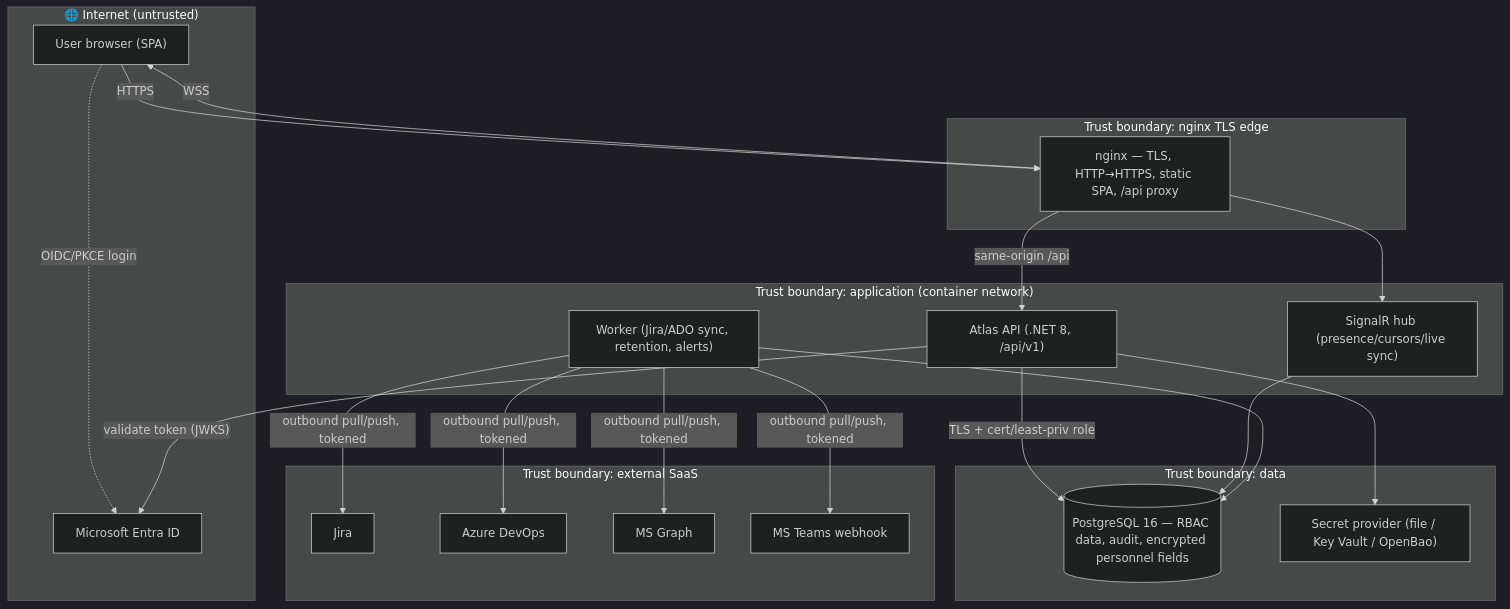
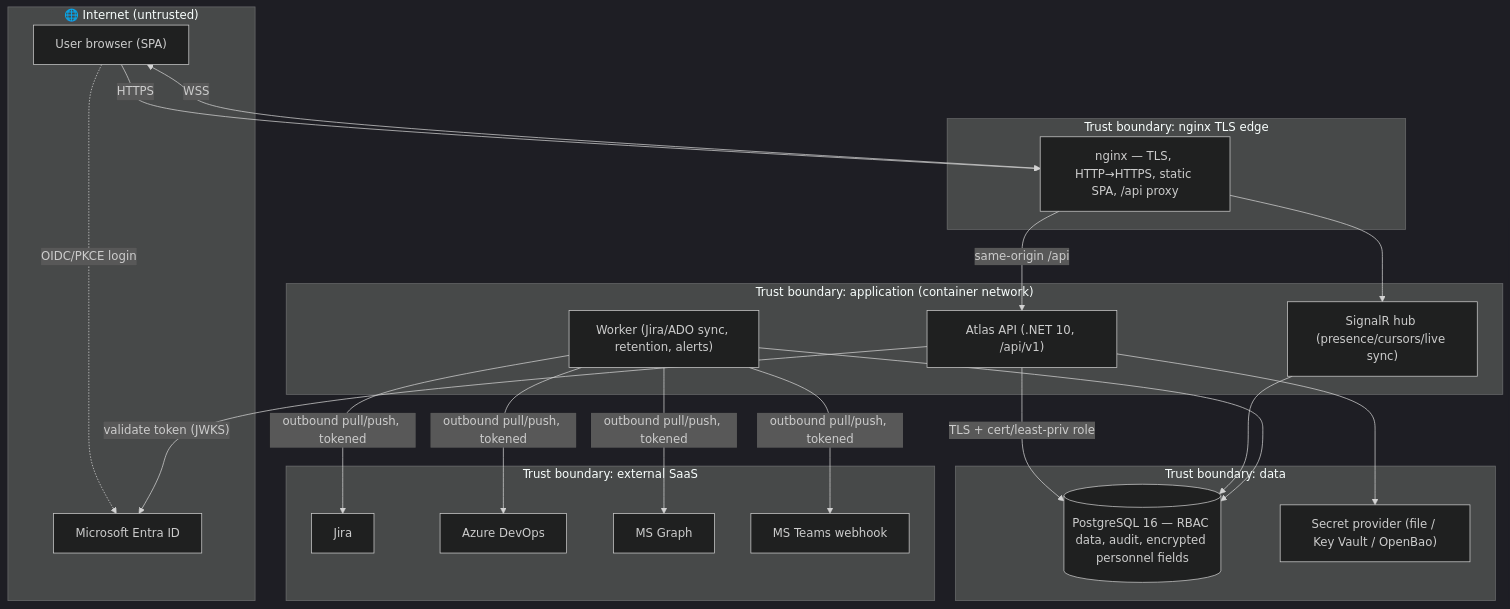
Before and after one commit to nicpozent/ATLASPPM_AdditionalFeatures: the diagram in docs/threat-model.md, drawn with Mermaid (dark theme). The commit also changed other lines of this file and 13 other files, not shown here.

````diff
--- a/docs/threat-model.md
+++ b/docs/threat-model.md
@@ -70,36 +70,36 @@
 ```mermaid
 flowchart TB
   subgraph Internet["🌐 Internet (untrusted)"]
     U["User browser (SPA)"]
     ENTRA["Microsoft Entra ID"]
   end
   subgraph Edge["Trust boundary: nginx TLS edge"]
     NGINX["nginx — TLS, HTTP→HTTPS, static SPA, /api proxy"]
   end
   subgraph AppTrust["Trust boundary: application (container network)"]
-    API["Atlas API (.NET 8, /api/v1)"]
+    API["Atlas API (.NET 10, /api/v1)"]
     HUB["SignalR hub (presence/cursors/live sync)"]
     WORKER["Worker (Jira/ADO sync, retention, alerts)"]
   end
   subgraph DataTrust["Trust boundary: data"]
     DB[("PostgreSQL 16 — RBAC data, audit, encrypted personnel fields")]
     SEC["Secret provider (file / Key Vault / OpenBao)"]
   end
   subgraph SaaS["Trust boundary: external SaaS"]
     JIRA["Jira"]
     ADO["Azure DevOps"]
     GRAPH["MS Graph"]
     TEAMS["MS Teams webhook"]
   end
 
   U -->|"HTTPS"| NGINX
   U -.->|"OIDC/PKCE login"| ENTRA
   NGINX -->|"same-origin /api"| API
   U <-->|"WSS"| NGINX --> HUB
   API -->|"validate token (JWKS)"| ENTRA
   API -->|"TLS + cert/least-priv role"| DB
   HUB --> DB
   WORKER --> DB
   API --> SEC
   WORKER -->|"outbound pull/push, tokened"| JIRA & ADO & GRAPH & TEAMS
 ```
````
